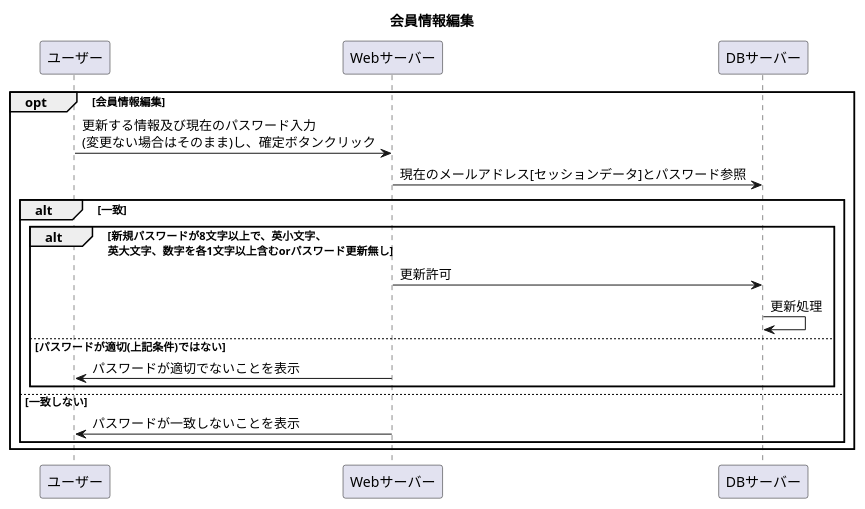
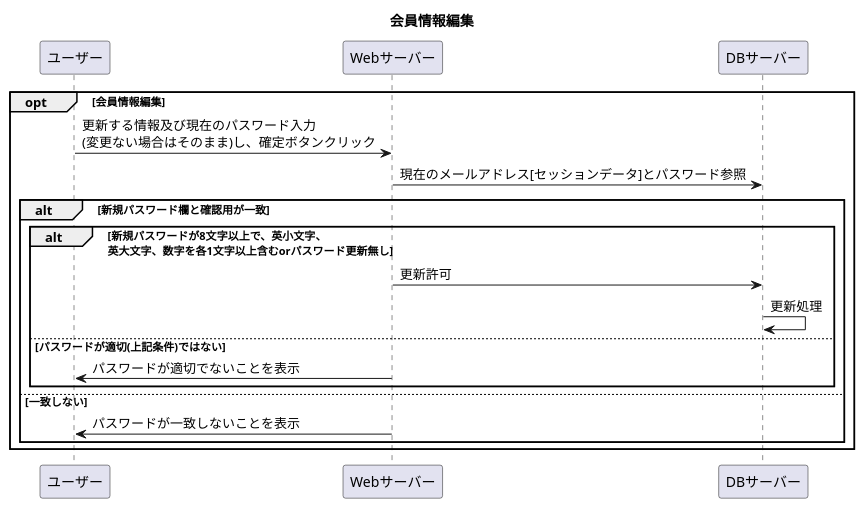
Before and after one commit to Aso2001227/Aso-Sports-1: the diagram in 設計書/02_業務フロー/Edit-Business-Flow.md, drawn with PlantUML.

````diff
--- a/設計書/02_業務フロー/Edit-Business-Flow.md
+++ b/設計書/02_業務フロー/Edit-Business-Flow.md
@@ -1,19 +1,19 @@
 ```uml
 @startuml
 title: 会員情報編集
 opt 会員情報編集
         ユーザー ->Webサーバー :更新する情報及び現在のパスワード入力\n(変更ない場合はそのまま)し、確定ボタンクリック
         Webサーバー -> DBサーバー : 現在のメールアドレス[セッションデータ]とパスワード参照
-        alt 一致
+        alt 新規パスワード欄と確認用が一致
                 alt 新規パスワードが8文字以上で、英小文字、\n英大文字、数字を各1文字以上含むorパスワード更新無し
                        Webサーバー -> DBサーバー : 更新許可
                        DBサーバー -> DBサーバー : 更新処理
                 else パスワードが適切(上記条件)ではない
                         Webサーバー -> ユーザー : パスワードが適切でないことを表示
                 end
         else 一致しない
                 Webサーバー -> ユーザー : パスワードが一致しないことを表示
         end
 end
 @enduml
 ```
````
